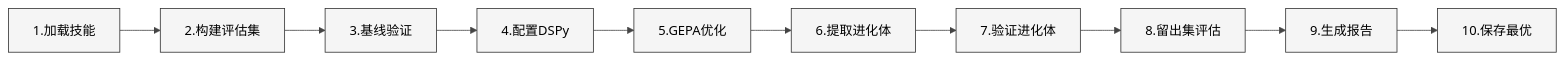
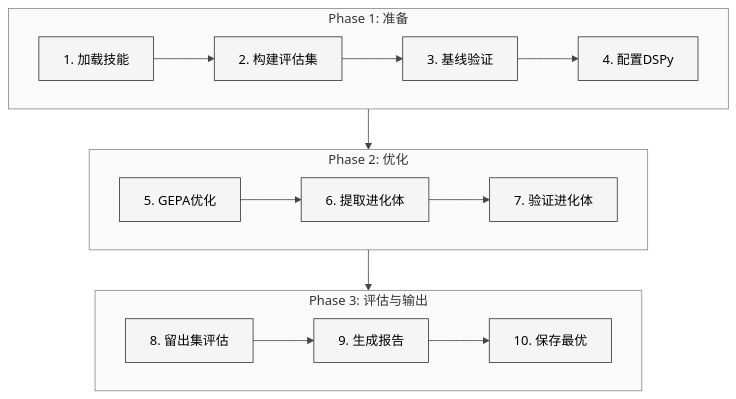
The second of 2 diagrams in Part I 原理与使用/10-自进化引擎.md (xiaonancs/hermes-agent-study), drawn with Mermaid before and after one commit. The commit also changed other lines of this file and 32 other files, not shown here.

First line of the commit message:
Mermaid 图表修复：白色背景板 + 长宽比优化

````diff
--- a/Part I 原理与使用/10-自进化引擎.md
+++ b/Part I 原理与使用/10-自进化引擎.md
@@ -54,13 +54,18 @@
 ```mermaid
 %%{init: {'theme': 'neutral', 'themeVariables': {'background': '#ffffff', 'primaryColor': '#f5f5f5', 'primaryTextColor': '#000000', 'primaryBorderColor': '#333333', 'lineColor': '#444444', 'textColor': '#000000', 'mainBkg': '#f5f5f5', 'nodeBorder': '#333333', 'clusterBkg': '#fafafa', 'clusterBorder': '#888888', 'edgeLabelBackground': '#ffffff'}}}%%
-graph LR
-    S1["1.加载技能"] --> S2["2.构建评估集"]
-    S2 --> S3["3.基线验证"]
-    S3 --> S4["4.配置DSPy"]
-    S4 --> S5["5.GEPA优化"]
-    S5 --> S6["6.提取进化体"]
-    S6 --> S7["7.验证进化体"]
-    S7 --> S8["8.留出集评估"]
-    S8 --> S9["9.生成报告"]
-    S9 --> S10["10.保存最优"]
+graph TD
+    subgraph phase1 ["Phase 1: 准备"]
+        direction LR
+        S1["1. 加载技能"] --> S2["2. 构建评估集"] --> S3["3. 基线验证"] --> S4["4. 配置DSPy"]
+    end
+    subgraph phase2 ["Phase 2: 优化"]
+        direction LR
+        S5["5. GEPA优化"] --> S6["6. 提取进化体"] --> S7["7. 验证进化体"]
+    end
+    subgraph phase3 ["Phase 3: 评估与输出"]
+        direction LR
+        S8["8. 留出集评估"] --> S9["9. 生成报告"] --> S10["10. 保存最优"]
+    end
+    S4 --> S5
+    S7 --> S8
 ```
````
